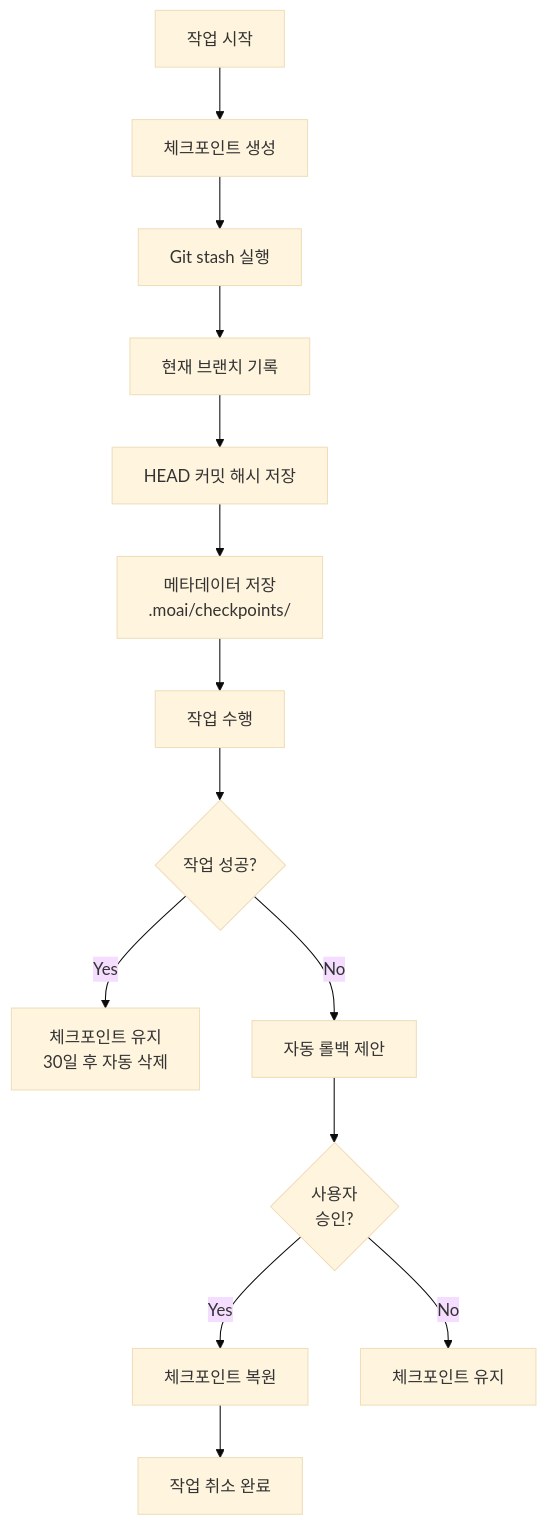
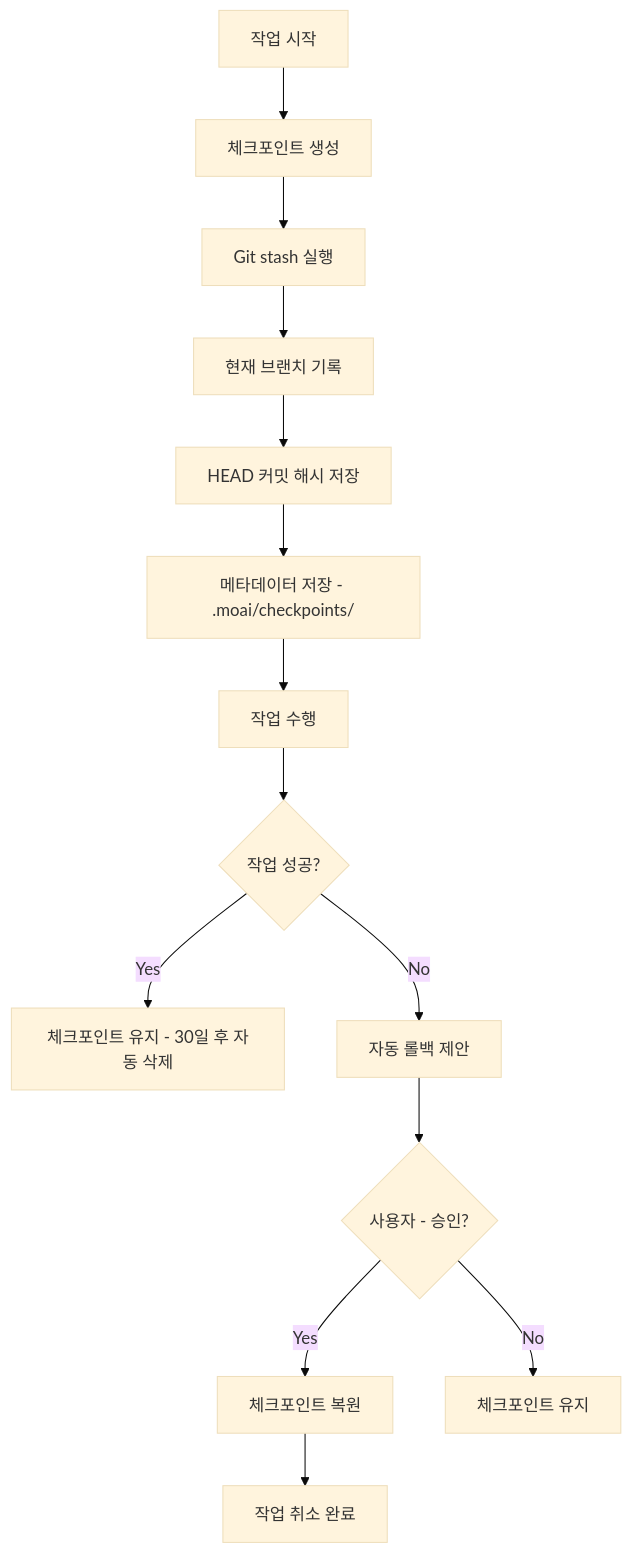
One commit to modu-ai/moai-adk changed the sixth of 6 diagrams in docs/claude/agents/git-manager.md. Above: the diagram before and after it, drawn with Mermaid (base theme). The commit also changed other lines of this file and 447 other files, not shown here.

````diff
--- a/docs/claude/agents/git-manager.md
+++ b/docs/claude/agents/git-manager.md
@@ -499,22 +499,22 @@
 ```mermaid
 flowchart TD
     A["작업 시작"] --> B["체크포인트 생성"]
     B --> C["Git stash 실행"]
     C --> D["현재 브랜치 기록"]
     D --> E["HEAD 커밋 해시 저장"]
-    E --> F["메타데이터 저장<br/>.moai/checkpoints/"]
+    E --> F["메타데이터 저장 - .moai/checkpoints/"]
 
     F --> G["작업 수행"]
 
     G --> H{"작업 성공?"}
 
-    H -->|Yes| I["체크포인트 유지<br/>30일 후 자동 삭제"]
+    H -->|Yes| I["체크포인트 유지 - 30일 후 자동 삭제"]
     H -->|No| J["자동 롤백 제안"]
 
-    J --> K{"사용자<br/>승인?"}
+    J --> K{"사용자 - 승인?"}
     K -->|Yes| L["체크포인트 복원"]
     K -->|No| M["체크포인트 유지"]
 
     L --> N["작업 취소 완료"]
 
 ```
````
